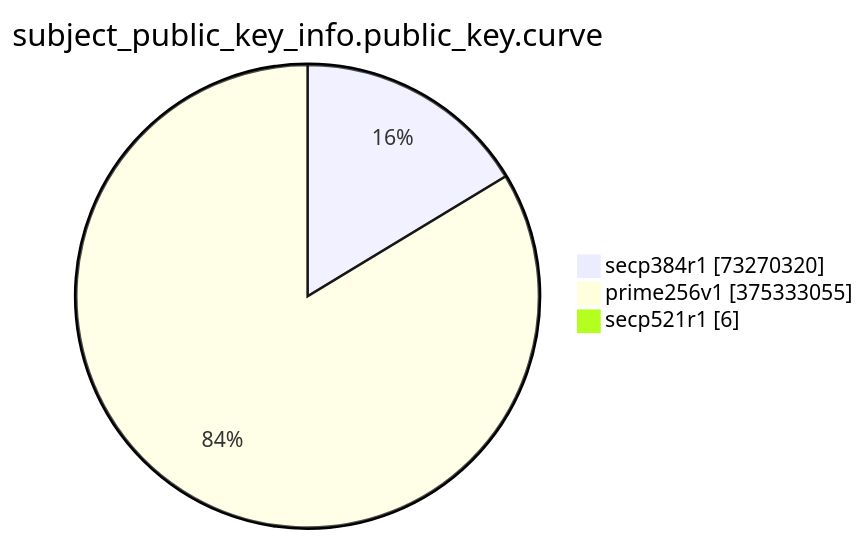
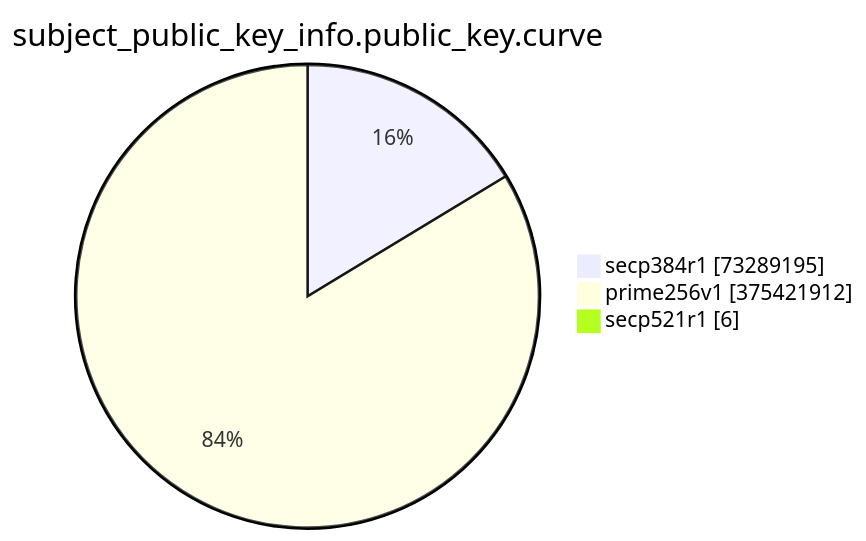
Before and after one commit to christiankrug/ctmonitor_visualization: the eighth of 15 diagrams in TOTAL/README.md, drawn with Mermaid. The commit also changed other lines of this file, not shown here.

````diff
--- a/TOTAL/README.md
+++ b/TOTAL/README.md
@@ -3092,7 +3092,7 @@
 ```mermaid
 pie showData
 title subject_public_key_info.public_key.curve
-"secp384r1" :73270320
-"prime256v1" :375333055
+"secp384r1" :73289195
+"prime256v1" :375421912
 "secp521r1" :6
 ```
````
